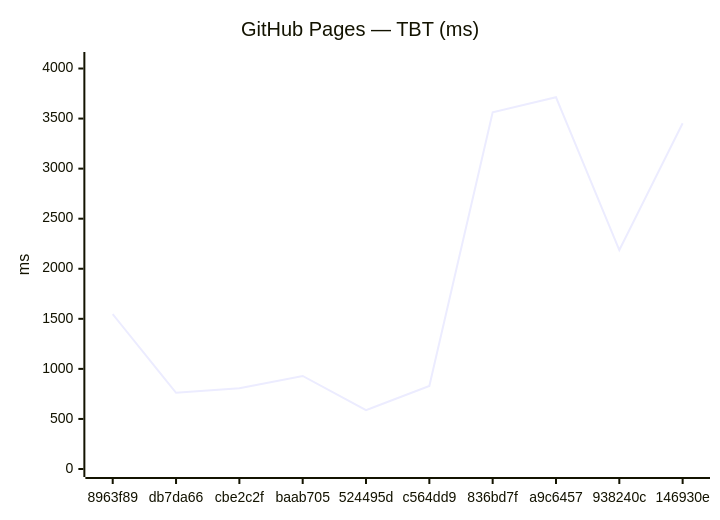
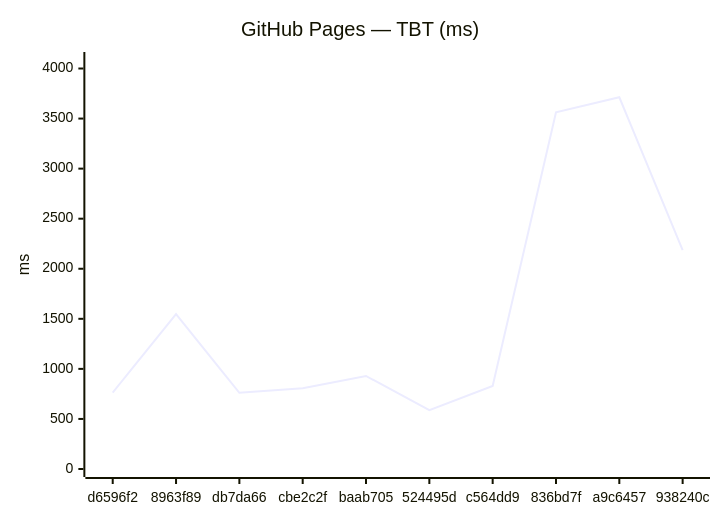
One commit to Metaheurist/Rianell changed the fourth of 12 diagrams in benchmarks/compare.md. Above: the diagram before and after it, drawn with Mermaid. The commit also changed other lines of this file and 8 other files, not shown here.

````diff
--- a/benchmarks/compare.md
+++ b/benchmarks/compare.md
@@ -61,7 +61,7 @@
 ```mermaid
 xychart-beta
     title "GitHub Pages — TBT (ms)"
-    x-axis ["8963f89", "db7da66", "cbe2c2f", "baab705", "524495d", "c564dd9", "836bd7f", "a9c6457", "938240c", "146930e"]
+    x-axis ["d6596f2", "8963f89", "db7da66", "cbe2c2f", "baab705", "524495d", "c564dd9", "836bd7f", "a9c6457", "938240c"]
     y-axis "ms" 0 --> 4085
-    line [1546, 761, 807, 929, 588, 830, 3562, 3713, 2187, 3453]
+    line [764, 1546, 761, 807, 929, 588, 830, 3562, 3713, 2187]
 ```
````
